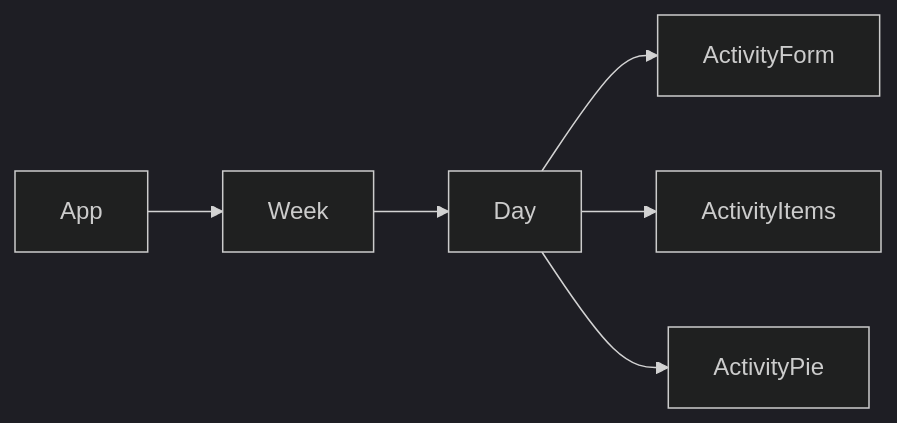
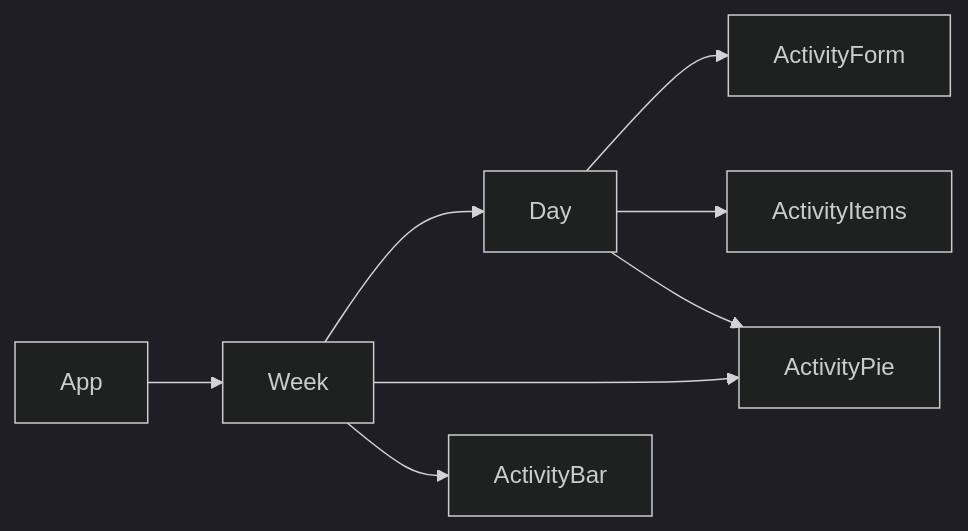
One commit to GeorgeRPu/GTHacks2019-TimeTracking changed the diagram in README.md. Above: the diagram before and after it, drawn with Mermaid (dark theme). The commit also changed other lines of this file, not shown here.

````diff
--- a/README.md
+++ b/README.md
@@ -10,8 +25,10 @@
 ```mermaid
 graph LR
     App --> Week;
     Week --> Day;
+    Week --> ActivityPie;
+    Week --> ActivityBar;
     Day --> ActivityForm;
     Day --> ActivityItems;
     Day --> ActivityPie;
 ```
````
